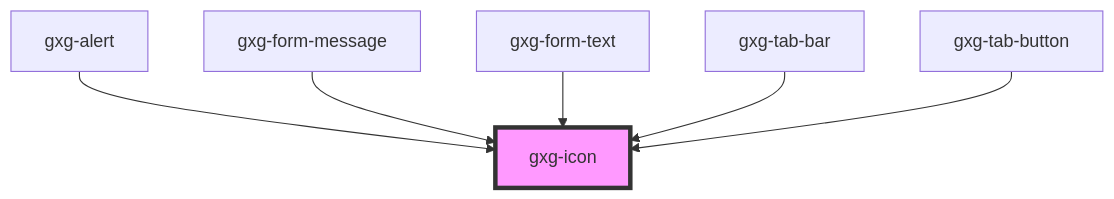
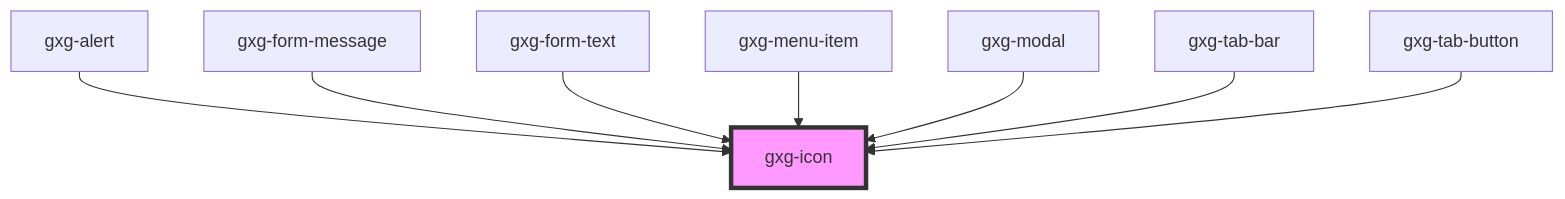
Before and after one commit to genexuslabs/gemini: the diagram in src/components/icon/readme.md, drawn with Mermaid. The commit also changed other lines of this file and 107 other files, not shown here.

````diff
--- a/src/components/icon/readme.md
+++ b/src/components/icon/readme.md
@@ -34,9 +36,11 @@
 ```mermaid
 graph TD;
   gxg-alert --> gxg-icon
   gxg-form-message --> gxg-icon
   gxg-form-text --> gxg-icon
+  gxg-menu-item --> gxg-icon
+  gxg-modal --> gxg-icon
   gxg-tab-bar --> gxg-icon
   gxg-tab-button --> gxg-icon
   style gxg-icon fill:#f9f,stroke:#333,stroke-width:4px
 ```
````
